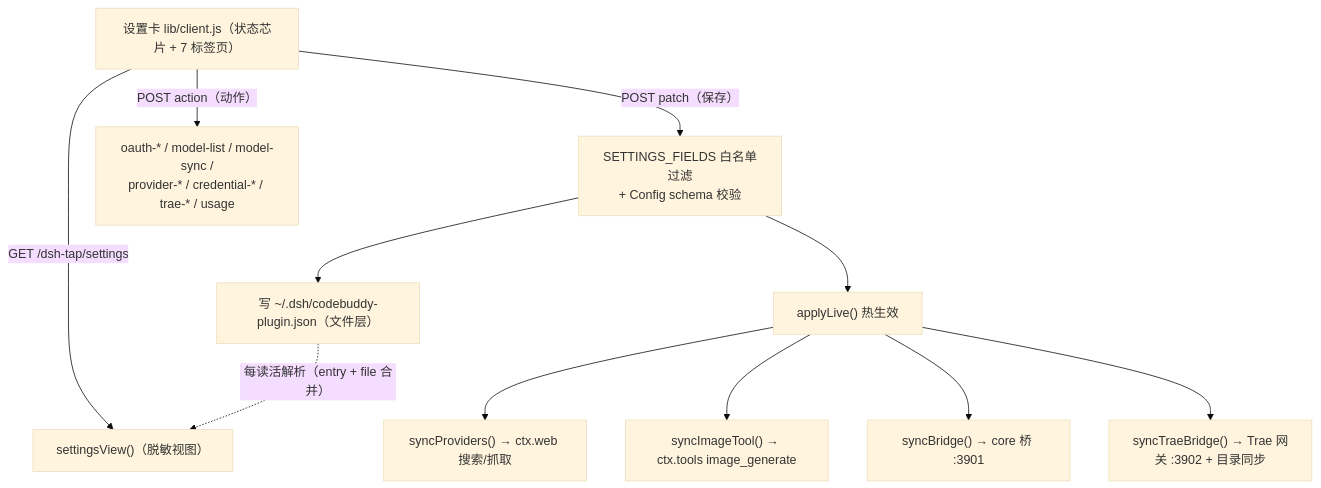
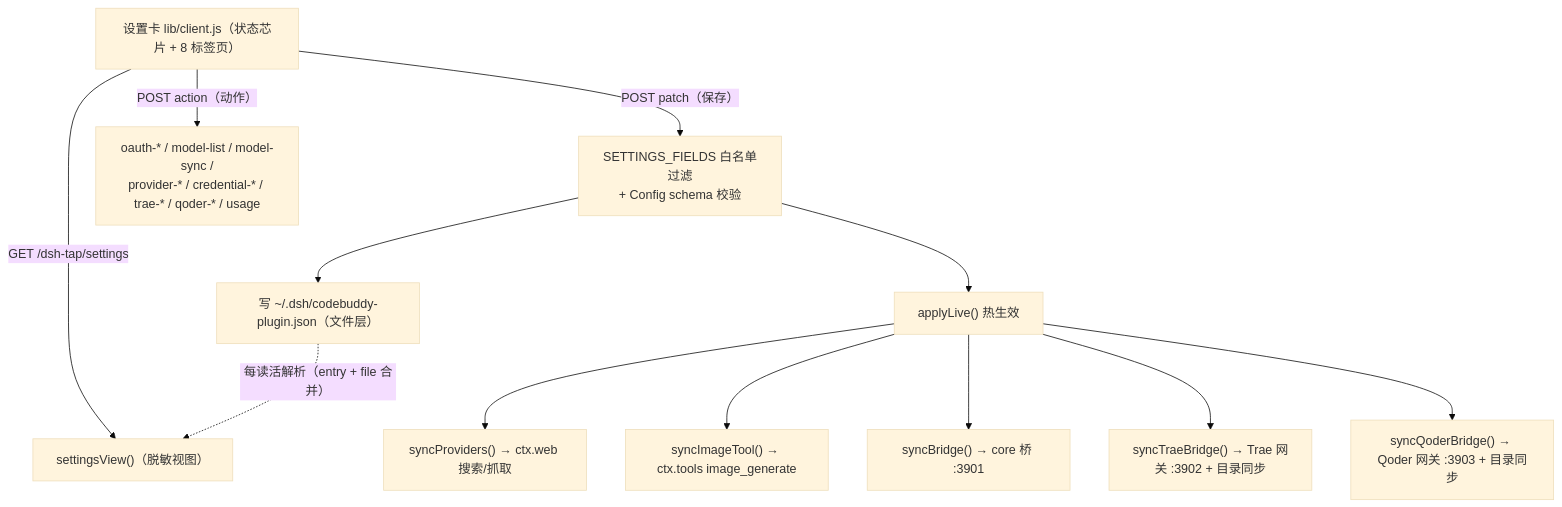
Before and after one commit to taikaikaikai-pixel/dsh-codebuddy-plugin: the fifth of 5 diagrams in wiki/01-architecture.md, drawn with Mermaid (base theme). The commit also changed other lines of this file and 8 other files, not shown here.

Commit message:
docs(wiki): 补齐 Qoder CN 通道叙事（新增 10-provider-qoder）+ README 第三上游（0.9.7/0.9.8）

````diff
--- a/wiki/01-architecture.md
+++ b/wiki/01-architecture.md
@@ -146,14 +171,15 @@
 ```mermaid
 flowchart TB
-    CARD["设置卡 lib/client.js（状态芯片 + 7 标签页）"]
+    CARD["设置卡 lib/client.js（状态芯片 + 8 标签页）"]
     CARD -->|"GET /dsh-tap/settings"| VIEW["settingsView()（脱敏视图）"]
     CARD -->|"POST patch（保存）"| MERGE["SETTINGS_FIELDS 白名单过滤<br/>+ Config schema 校验"]
-    CARD -->|"POST action（动作）"| ACT["oauth-* / model-list / model-sync /<br/>provider-* / credential-* / trae-* / usage"]
+    CARD -->|"POST action（动作）"| ACT["oauth-* / model-list / model-sync /<br/>provider-* / credential-* / trae-* / qoder-* / usage"]
     MERGE --> FILE["写 ~/.dsh/codebuddy-plugin.json（文件层）"]
     FILE -.->|"每读活解析（entry + file 合并）"| VIEW
     MERGE --> LIVE["applyLive() 热生效"]
     LIVE --> S1["syncProviders() → ctx.web 搜索/抓取"]
     LIVE --> S2["syncImageTool() → ctx.tools image_generate"]
     LIVE --> S3["syncBridge() → core 桥 :3901"]
     LIVE --> S4["syncTraeBridge() → Trae 网关 :3902 + 目录同步"]
+    LIVE --> S5["syncQoderBridge() → Qoder 网关 :3903 + 目录同步"]
 ```
````
